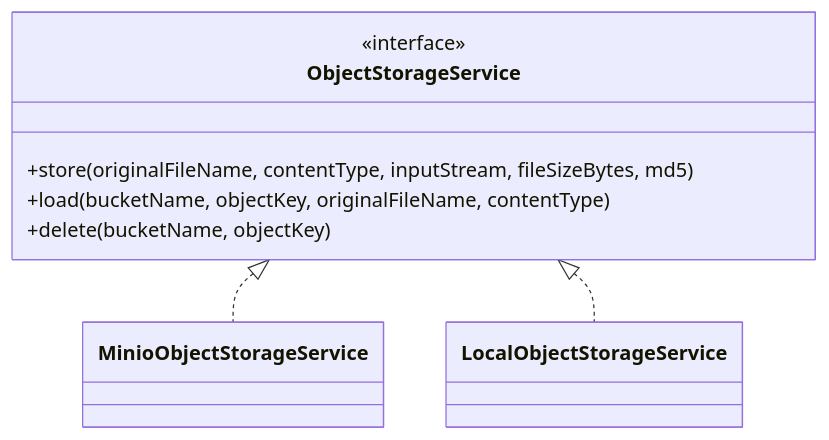
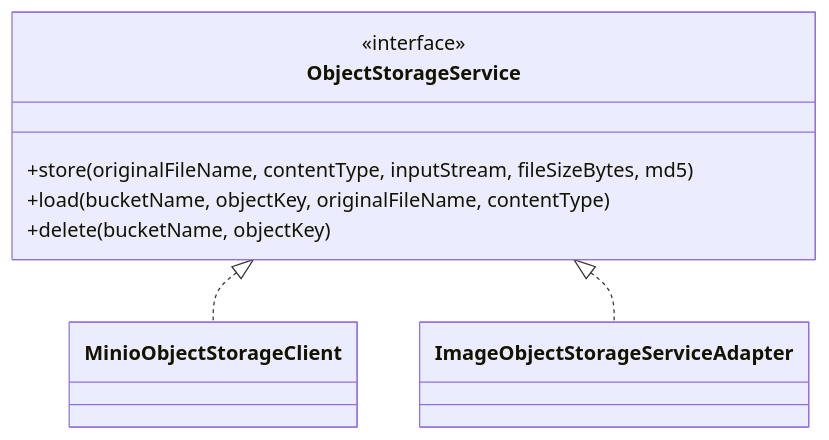
Before and after one commit to lizhuoheng47/caries_guard: the second of 2 diagrams in Documents/1. 系统架构概述.md, drawn with Mermaid. The commit also changed other lines of this file and 70 other files, not shown here.

First line of the commit message:
docs: 添加项目文档和UML图集

````diff
--- a/Documents/1. 系统架构概述.md
+++ b/Documents/1. 系统架构概述.md
@@ -161,13 +161,13 @@
 ```mermaid
 classDiagram
   class ObjectStorageService {
     <<interface>>
     +store(originalFileName, contentType, inputStream, fileSizeBytes, md5)
     +load(bucketName, objectKey, originalFileName, contentType)
     +delete(bucketName, objectKey)
   }
-  class MinioObjectStorageService
-  class LocalObjectStorageService
-  ObjectStorageService <|.. MinioObjectStorageService
-  ObjectStorageService <|.. LocalObjectStorageService
+  class MinioObjectStorageClient
+  class ImageObjectStorageServiceAdapter
+  ObjectStorageService <|.. MinioObjectStorageClient
+  ObjectStorageService <|.. ImageObjectStorageServiceAdapter
 ```
````
